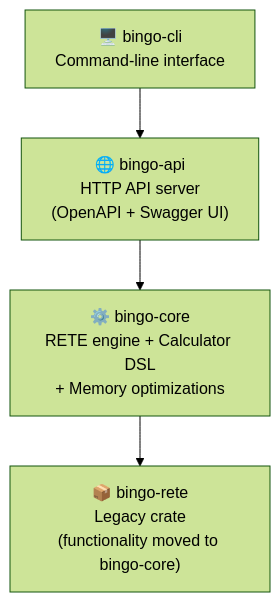
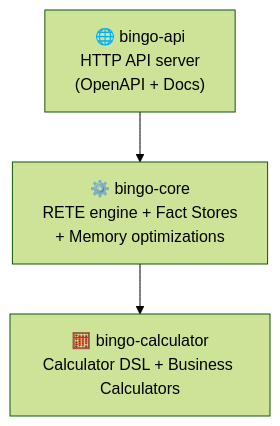
One commit to hl/bingo changed the first of 2 diagrams in specs/architecture.md. Above: the diagram before and after it, drawn with Mermaid (forest theme). The commit also changed other lines of this file and 168 other files, not shown here.

````diff
--- a/specs/architecture.md
+++ b/specs/architecture.md
@@ -9,11 +13,5 @@
 ```mermaid
 graph TD
-    A[bingo-cli] --> B[bingo-api]
-    B --> C[bingo-core]
-    C --> D[bingo-rete]
-    
-    A["🖥️ bingo-cli<br/>Command-line interface"]
-    B["🌐 bingo-api<br/>HTTP API server<br/>(OpenAPI + Swagger UI)"]
-    C["⚙️ bingo-core<br/>RETE engine + Calculator DSL<br/>+ Memory optimizations"]
-    D["📦 bingo-rete<br/>Legacy crate<br/>(functionality moved to bingo-core)"]
+    A["🌐 bingo-api<br/>HTTP API server<br/>(OpenAPI + Docs)"] --> B["⚙️ bingo-core<br/>RETE engine + Fact Stores<br/>+ Memory optimizations"]
+    B --> C["🧮 bingo-calculator<br/>Calculator DSL + Business Calculators"]
 ```
````
